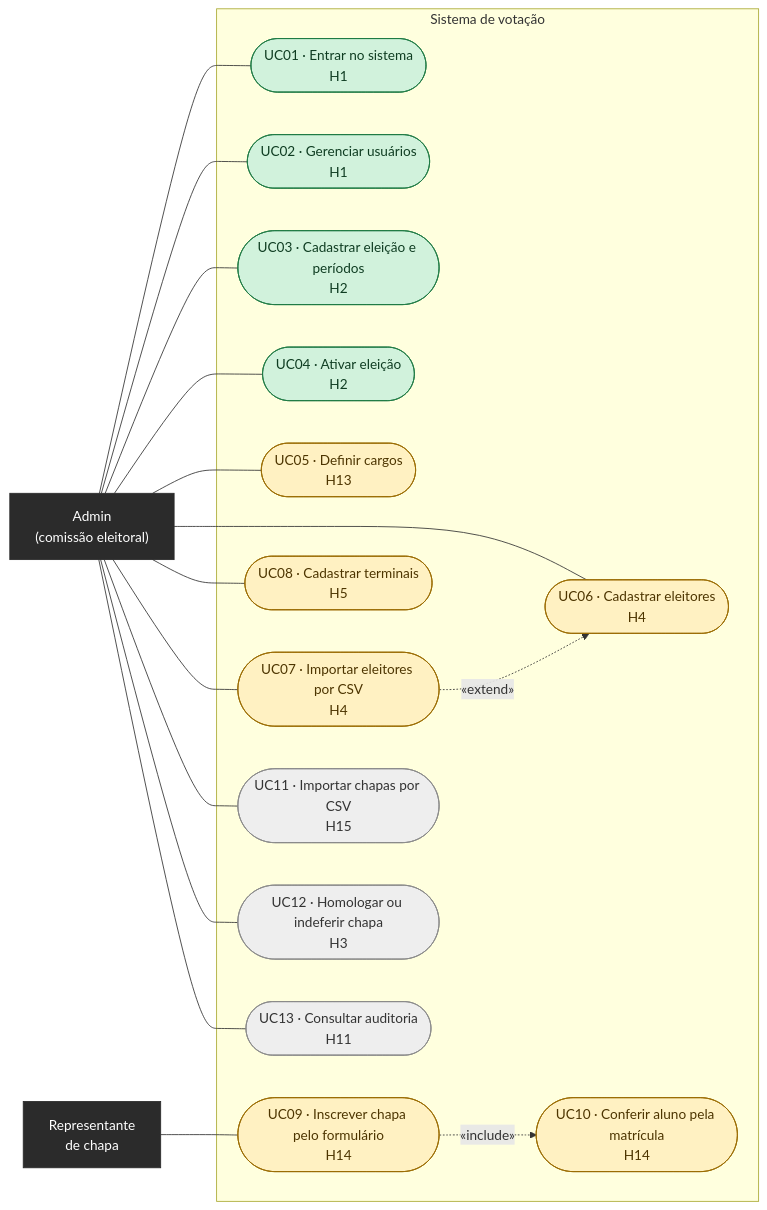
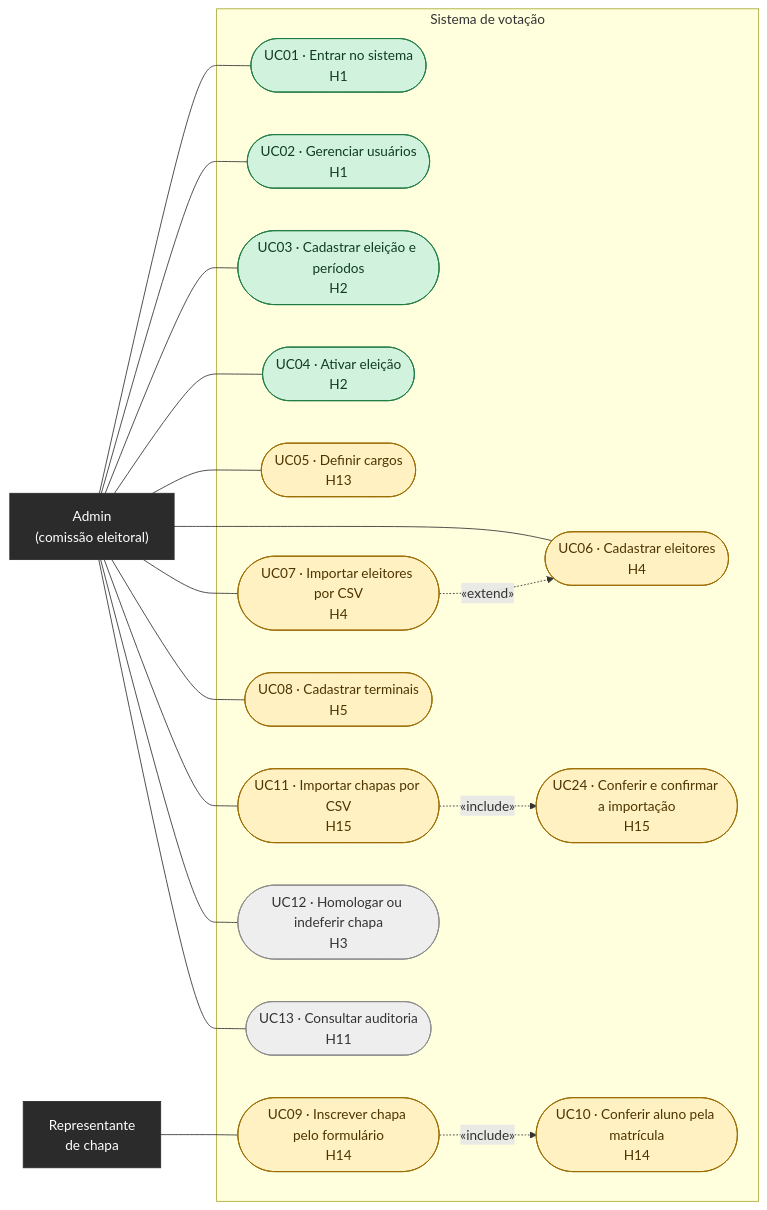
Before and after one commit to prof-ronildo-unicatolica/votacao-digitech: the second of 9 diagrams in docs/DIAGRAMAS.md, drawn with Mermaid. The commit also changed other lines of this file and 39 other files, not shown here.

First line of the commit message:
feat: importação de chapas por CSV com conferência, cancelar, ignorar erros e confirmar (H15, D19)

````diff
--- a/docs/DIAGRAMAS.md
+++ b/docs/DIAGRAMAS.md
@@ -29,45 +29,47 @@
 ```mermaid
 flowchart LR
     ADM["Admin<br/>(comissão eleitoral)"]:::ator
     REP["Representante<br/>de chapa"]:::ator
 
     subgraph SIS["Sistema de votação"]
         UC01(["UC01 · Entrar no sistema<br/>H1"])
         UC02(["UC02 · Gerenciar usuários<br/>H1"])
         UC03(["UC03 · Cadastrar eleição e períodos<br/>H2"])
         UC04(["UC04 · Ativar eleição<br/>H2"])
         UC05(["UC05 · Definir cargos<br/>H13"])
         UC06(["UC06 · Cadastrar eleitores<br/>H4"])
         UC07(["UC07 · Importar eleitores por CSV<br/>H4"])
         UC08(["UC08 · Cadastrar terminais<br/>H5"])
         UC09(["UC09 · Inscrever chapa pelo formulário<br/>H14"])
         UC10(["UC10 · Conferir aluno pela matrícula<br/>H14"])
         UC11(["UC11 · Importar chapas por CSV<br/>H15"])
+        UC24(["UC24 · Conferir e confirmar a importação<br/>H15"])
         UC12(["UC12 · Homologar ou indeferir chapa<br/>H3"])
         UC13(["UC13 · Consultar auditoria<br/>H11"])
     end
 
     ADM --- UC01
     ADM --- UC02
     ADM --- UC03
     ADM --- UC04
     ADM --- UC05
     ADM --- UC06
     ADM --- UC07
     ADM --- UC08
     ADM --- UC11
     ADM --- UC12
     ADM --- UC13
     REP --- UC09
 
     UC07 -. "«extend»" .-> UC06
     UC09 -. "«include»" .-> UC10
+    UC11 -. "«include»" .-> UC24
 
     class UC01,UC02,UC03,UC04 feito
-    class UC05,UC06,UC07,UC08,UC09,UC10 revisao
-    class UC11,UC12,UC13 afazer
+    class UC05,UC06,UC07,UC08,UC09,UC10,UC11,UC24 revisao
+    class UC12,UC13 afazer
     classDef ator fill:#2b2b2b,stroke:#2b2b2b,color:#ffffff
     classDef feito fill:#d1f2dc,stroke:#1e7a44,color:#0f3d22
     classDef revisao fill:#fff1c2,stroke:#9a6b00,color:#4d3500
     classDef afazer fill:#eeeeee,stroke:#8a8a8a,color:#333333
 ```
````
